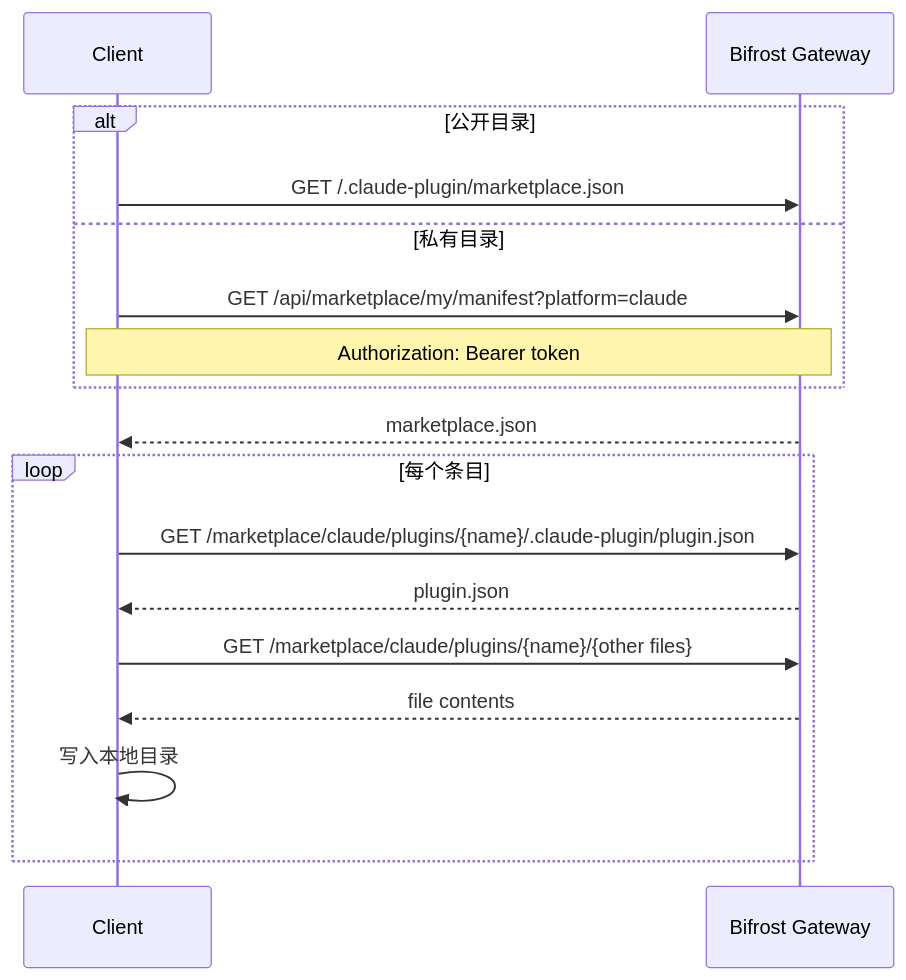
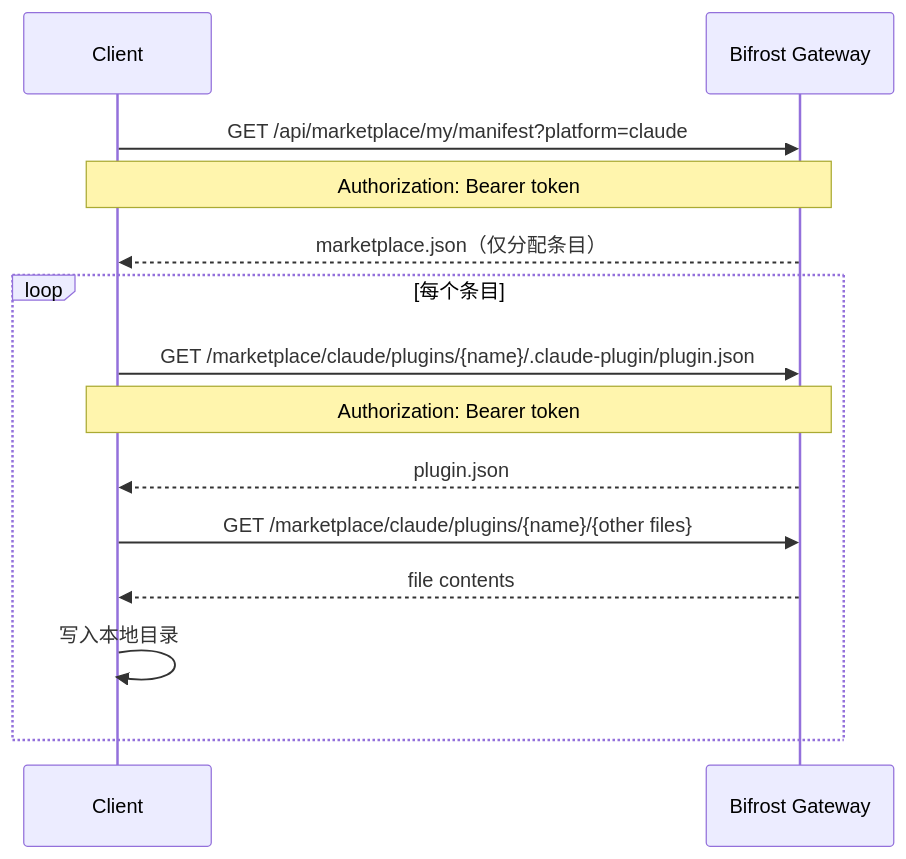
The diagram in marketplace-client-integration.md (orionlize/bifrost), drawn with Mermaid before and after one commit. The commit also changed other lines of this file and 52 other files, not shown here.

First line of the commit message:
feat(zwitch): rename desktop login flow and add Tauri updater settings

````diff
--- a/marketplace-client-integration.md
+++ b/marketplace-client-integration.md
@@ -406,21 +423,18 @@
 ```mermaid
 sequenceDiagram
     participant Client
     participant Gateway as Bifrost Gateway
 
-    alt 公开目录
-        Client->>Gateway: GET /.claude-plugin/marketplace.json
-    else 私有目录
-        Client->>Gateway: GET /api/marketplace/my/manifest?platform=claude
-        Note over Client,Gateway: Authorization: Bearer token
-    end
-    Gateway-->>Client: marketplace.json
+    Client->>Gateway: GET /api/marketplace/my/manifest?platform=claude
+    Note over Client,Gateway: Authorization: Bearer token
+    Gateway-->>Client: marketplace.json（仅分配条目）
 
     loop 每个条目
         Client->>Gateway: GET /marketplace/claude/plugins/{name}/.claude-plugin/plugin.json
+        Note over Client,Gateway: Authorization: Bearer token
         Gateway-->>Client: plugin.json
         Client->>Gateway: GET /marketplace/claude/plugins/{name}/{other files}
         Gateway-->>Client: file contents
         Client->>Client: 写入本地目录
     end
 ```
````
